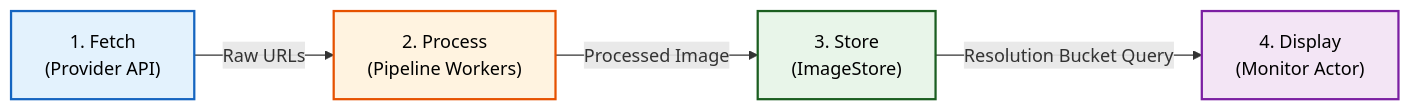
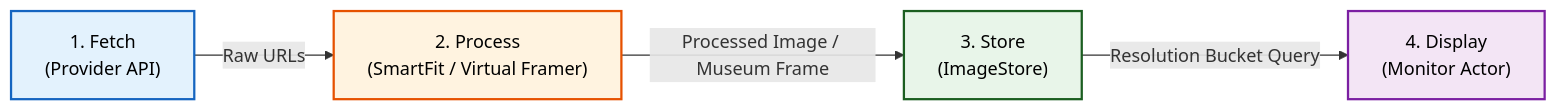
The second of 8 diagrams in docs/architecture.md (dixieflatline76/Spice), drawn with Mermaid before and after one commit. The commit also changed other lines of this file and 151 other files, not shown here.

````diff
--- a/docs/architecture.md
+++ b/docs/architecture.md
@@ -49,16 +52,16 @@
 ```mermaid
 graph LR
     classDef fetch fill:#e3f2fd,stroke:#1565c0,stroke-width:2px,color:#000;
     classDef pipe fill:#fff3e0,stroke:#e65100,stroke-width:2px,color:#000;
     classDef store fill:#e8f5e9,stroke:#1b5e20,stroke-width:2px,color:#000;
     classDef display fill:#f3e5f5,stroke:#7b1fa2,stroke-width:2px,color:#000;
 
     A["1. Fetch<br/>(Provider API)"]:::fetch
-    B["2. Process<br/>(Pipeline Workers)"]:::pipe
+    B["2. Process<br/>(SmartFit / Virtual Framer)"]:::pipe
     C["3. Store<br/>(ImageStore)"]:::store
     D["4. Display<br/>(Monitor Actor)"]:::display
 
     A -->|"Raw URLs"| B
-    B -->|"Processed Image"| C
+    B -->|"Processed Image / Museum Frame"| C
     C -->|"Resolution Bucket Query"| D
 ```
````
